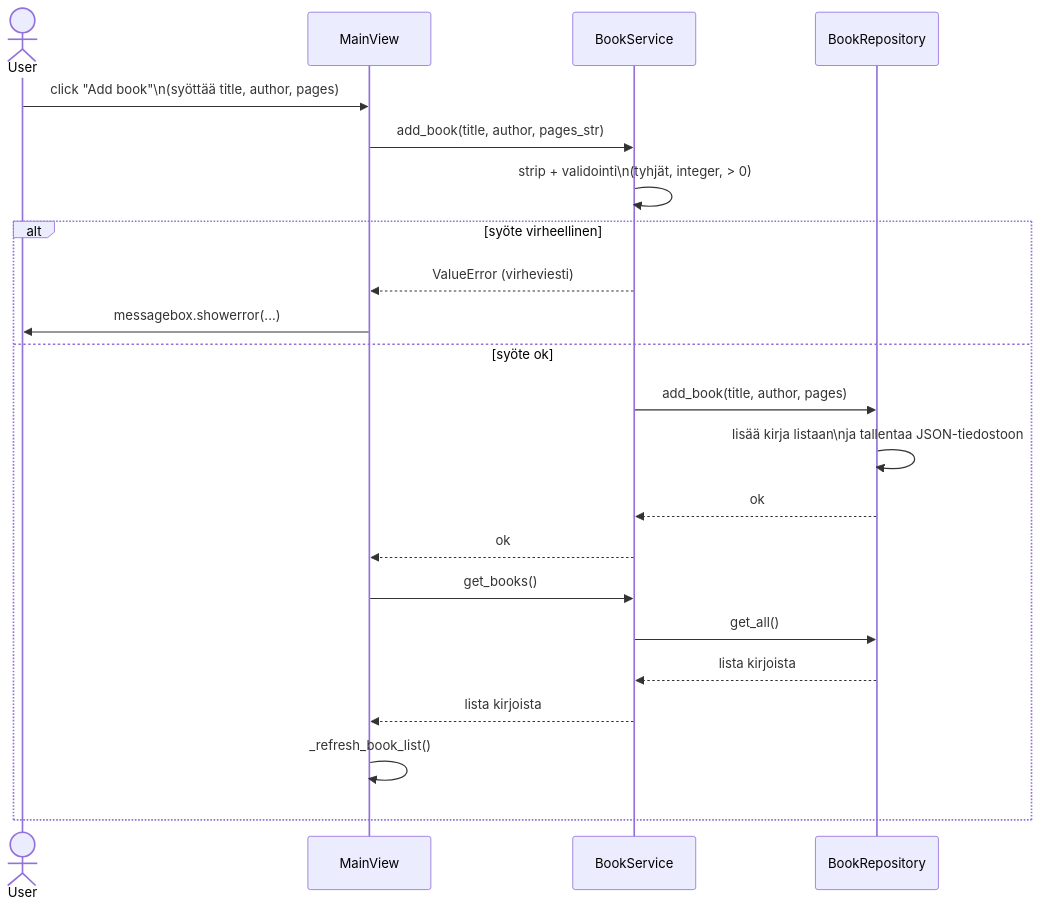
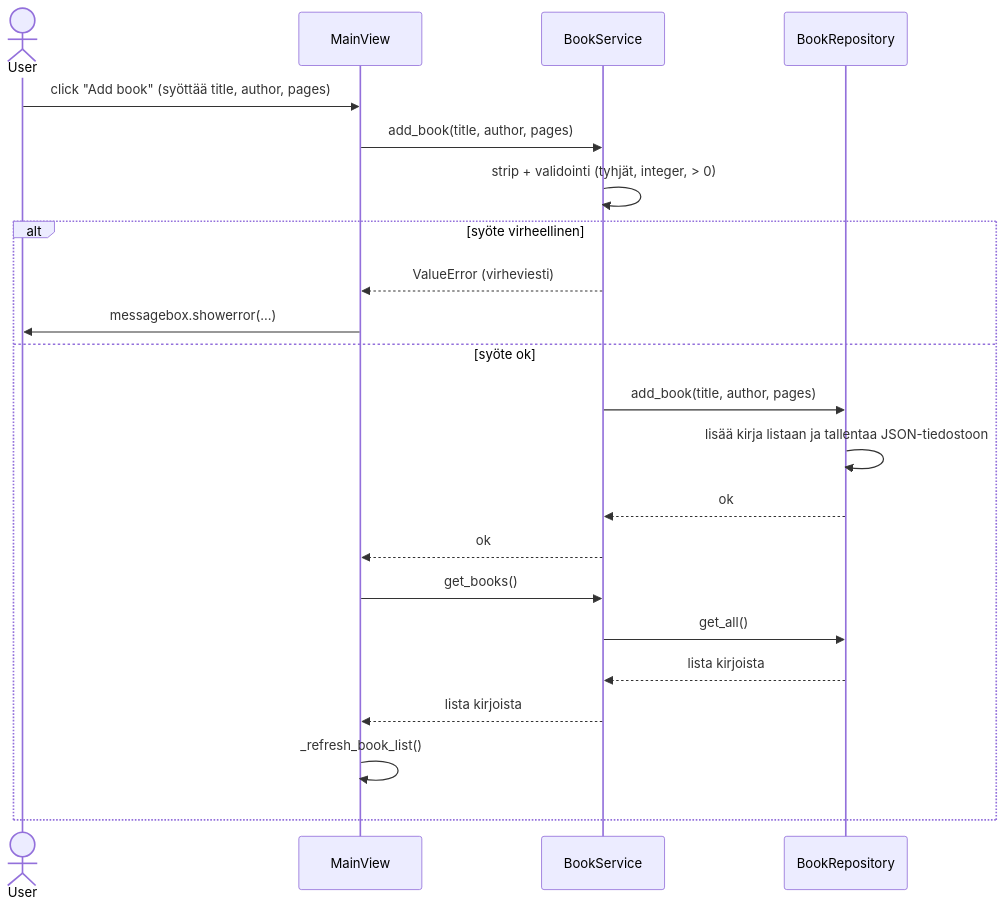
The second of 2 diagrams in dokumentaatio/arkkitehtuuri.md (sandraole/ot-harjoitustyo), drawn with Mermaid before and after one commit. The commit also changed other lines of this file, not shown here.

````diff
--- a/dokumentaatio/arkkitehtuuri.md
+++ b/dokumentaatio/arkkitehtuuri.md
@@ -20,28 +21,28 @@
 ```mermaid
 sequenceDiagram
     actor User
     participant MV as MainView
     participant BS as BookService
     participant BR as BookRepository
 
-    User->>MV: click "Add book"\n(syöttää title, author, pages)
-    MV->>BS: add_book(title, author, pages_str)
+    User->>MV: click "Add book" (syöttää title, author, pages)
+    MV->>BS: add_book(title, author, pages)
 
-    BS->>BS: strip + validointi\n(tyhjät, integer, > 0)
+    BS->>BS: strip + validointi (tyhjät, integer, > 0)
 
     alt syöte virheellinen
         BS-->>MV: ValueError (virheviesti)
         MV->>User: messagebox.showerror(...)
     else syöte ok
         BS->>BR: add_book(title, author, pages)
-        BR->>BR: lisää kirja listaan\nja tallentaa JSON-tiedostoon
+        BR->>BR: lisää kirja listaan ja tallentaa JSON-tiedostoon
         BR-->>BS: ok
         BS-->>MV: ok
 
         MV->>BS: get_books()
         BS->>BR: get_all()
         BR-->>BS: lista kirjoista
         BS-->>MV: lista kirjoista
         MV->>MV: _refresh_book_list()
     end
 ```
````
